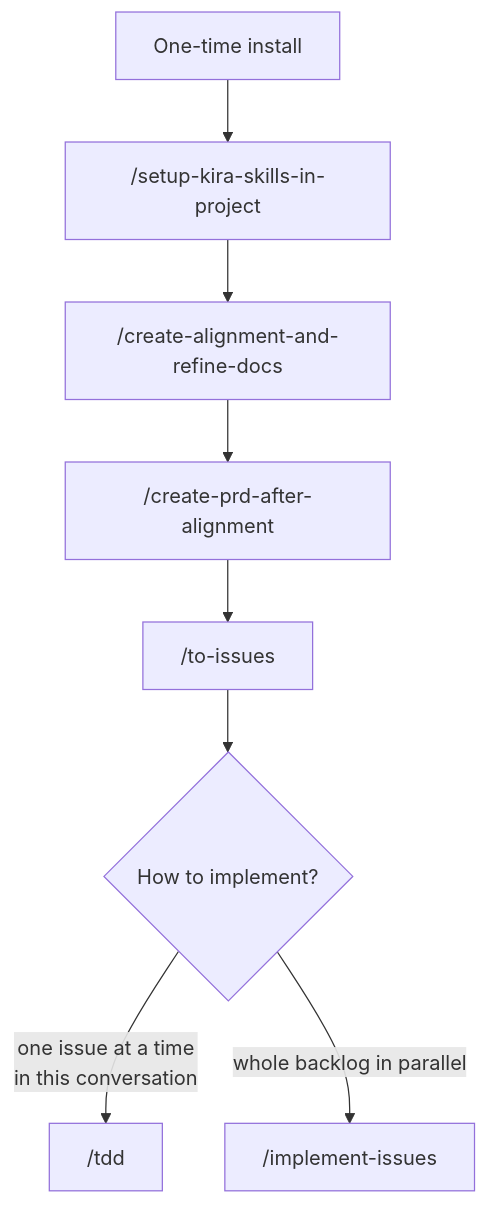
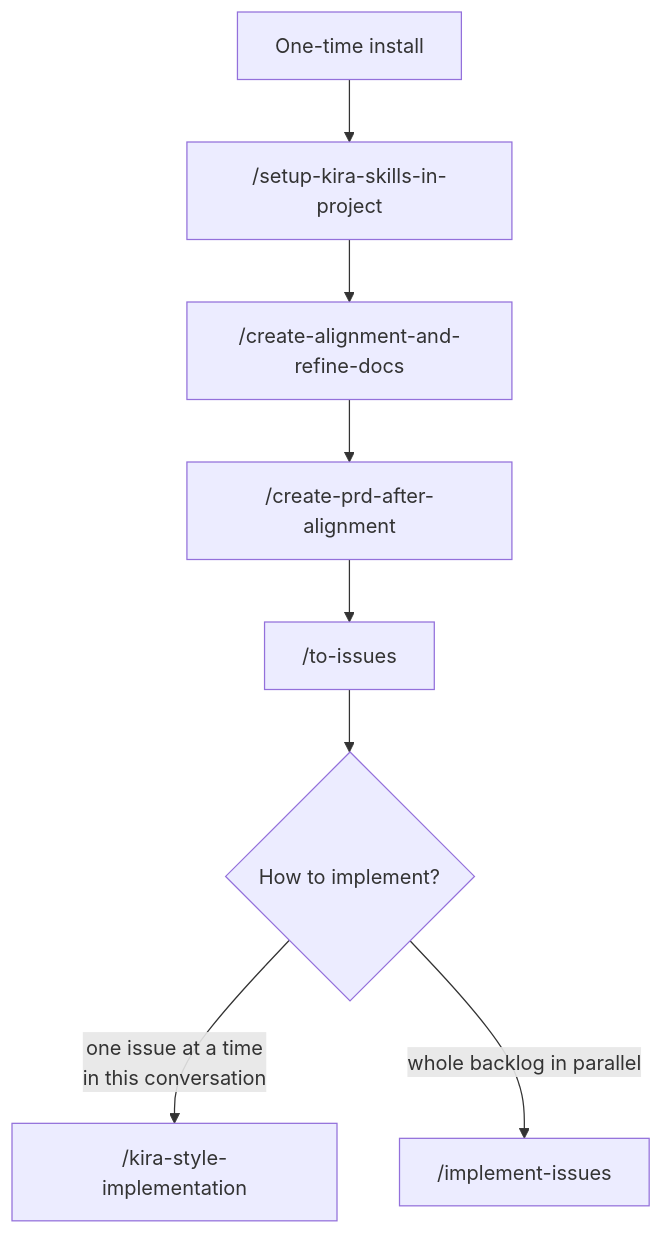
Before and after one commit to yzlaboratory/skills: the diagram in README.md, drawn with Mermaid. The commit also changed other lines of this file and 14 other files, not shown here.

First line of the commit message:
tdd: remove skill; relocate deep-modules.md to improve-codebase-architecture

````diff
--- a/README.md
+++ b/README.md
@@ -66,10 +66,10 @@
 ```mermaid
 flowchart TD
     A["One-time install"] --> B["/setup-kira-skills-in-project"]
     B --> C["/create-alignment-and-refine-docs"]
     C --> E["/create-prd-after-alignment"]
     E --> F["/to-issues"]
     F --> G{"How to implement?"}
-    G -->|one issue at a time<br/>in this conversation| H["/tdd"]
+    G -->|one issue at a time<br/>in this conversation| H["/kira-style-implementation"]
     G -->|whole backlog in parallel| I["/implement-issues"]
 ```
````
